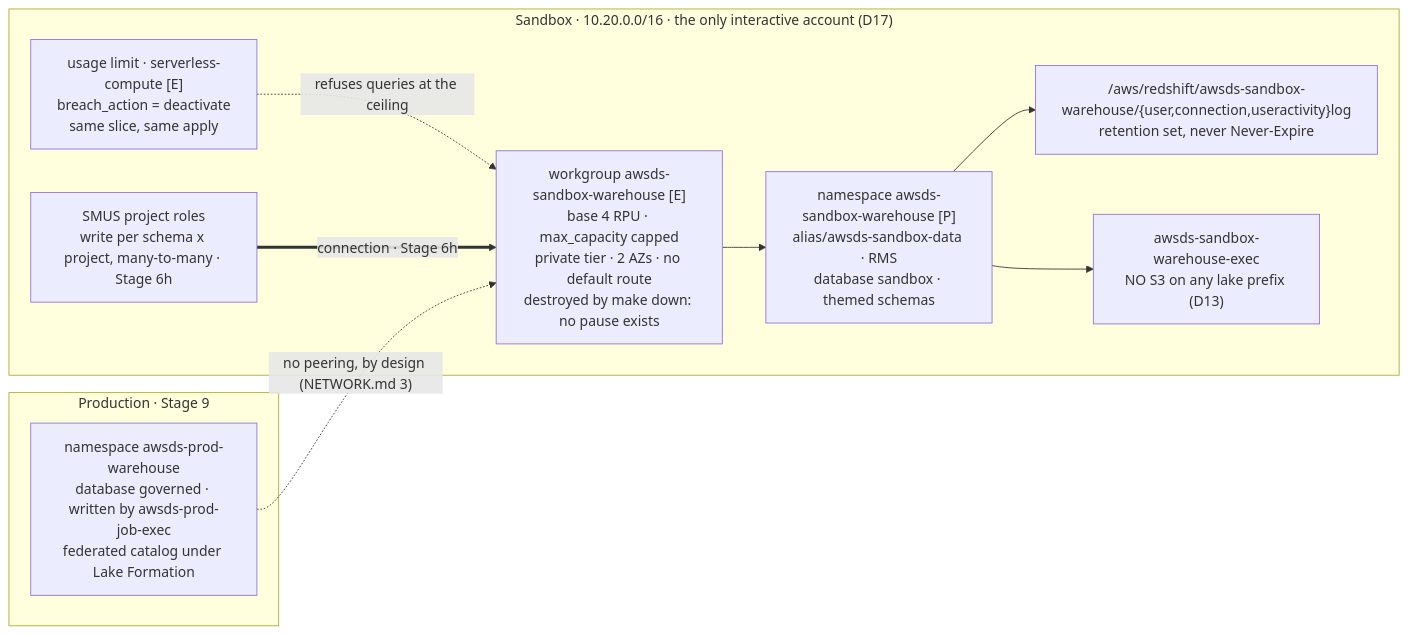
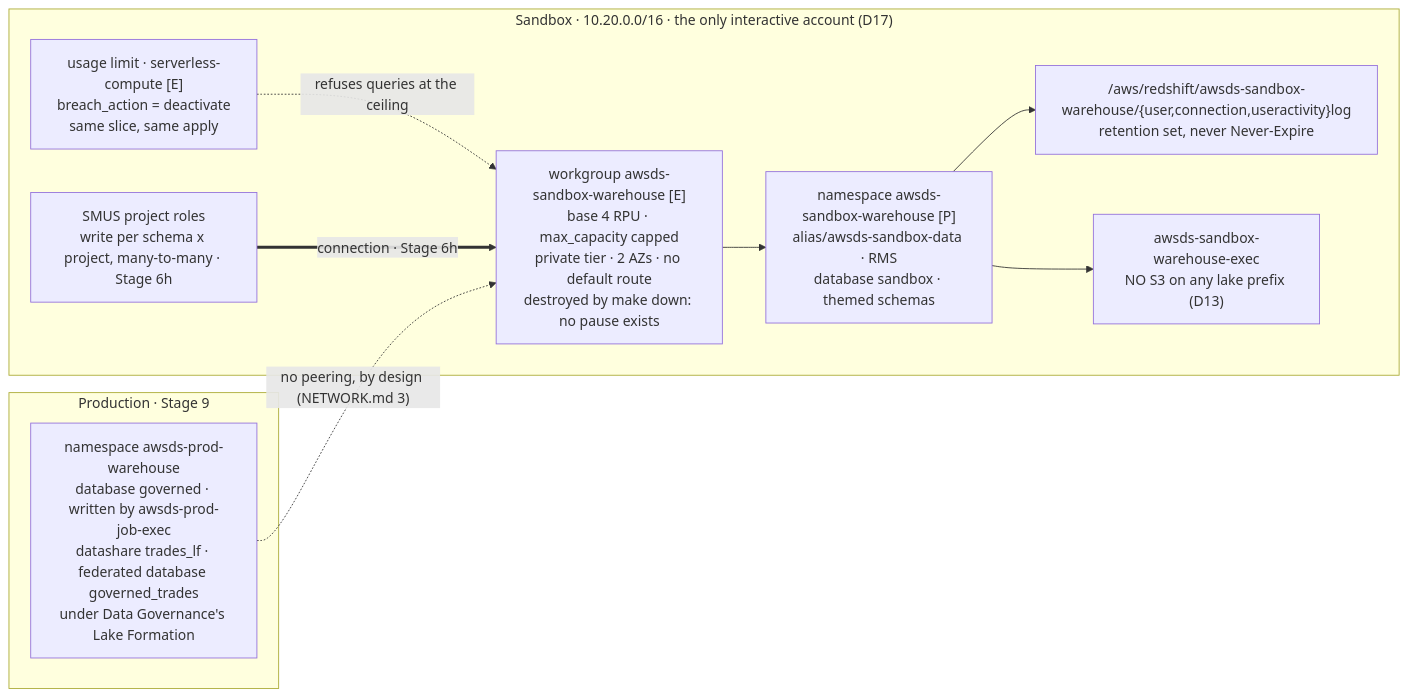
One commit to felipenoris/AWS-DataScience changed the diagram in docs/plan/stages/stage-05b-redshift-serverless.md. Above: the diagram before and after it, drawn with Mermaid. The commit also changed other lines of this file and 2 other files, not shown here.

Commit message:
docs: the governed class reaches Lake Formation as a datashare, not a federated catalog (#393)
institutional-delta.md, Stage 5b (its diagram and step 7's table) and
Stage 6h said Production's governed class is registered as a federated
catalog, the shape planned on 2026-09-20. Stage 9 decision 5 took the
Lake Formation-managed datashare trades_lf, which Data Governance maps
to the federated database governed_trades (decision 14,
data-governance/data/warehouse-share.tf).

The institutional-delta row also records Stage 21 pass 4's federated
catalog over Sandbox's namespace (2026-11-23, SUP-475) and the TBAC
reading taken on the federated database (INT-24, 2026-10-25), in place
of the last column's pre-D40 sentences.

````diff
--- a/docs/plan/stages/stage-05b-redshift-serverless.md
+++ b/docs/plan/stages/stage-05b-redshift-serverless.md
@@ -96,20 +96,20 @@
 ```mermaid
 flowchart LR
     subgraph SBX["Sandbox · 10.20.0.0/16 · the only interactive account (D17)"]
         WG["workgroup awsds-sandbox-warehouse [E]<br/>base 4 RPU · max_capacity capped<br/>private tier · 2 AZs · no default route<br/>destroyed by make down: no pause exists"]
         NS["namespace awsds-sandbox-warehouse [P]<br/>alias/awsds-sandbox-data · RMS<br/>database sandbox · themed schemas"]
         UL["usage limit · serverless-compute [E]<br/>breach_action = deactivate<br/>same slice, same apply"]
         LG["/aws/redshift/awsds-sandbox-warehouse/{user,connection,useractivity}log<br/>retention set, never Never-Expire"]
         ROLE["awsds-sandbox-warehouse-exec<br/>NO S3 on any lake prefix (D13)"]
         PRJ["SMUS project roles<br/>write per schema x project, many-to-many · Stage 6h"]
     end
     subgraph PRD["Production · Stage 9"]
-        GOV["namespace awsds-prod-warehouse<br/>database governed · written by awsds-prod-job-exec<br/>federated catalog under Lake Formation"]
+        GOV["namespace awsds-prod-warehouse<br/>database governed · written by awsds-prod-job-exec<br/>datashare trades_lf · federated database governed_trades<br/>under Data Governance's Lake Formation"]
     end
     WG --> NS
     UL -.->|"refuses queries at the ceiling"| WG
     NS --> LG
     NS --> ROLE
     PRJ ==>|"connection · Stage 6h"| WG
     GOV -.->|"no peering, by design (NETWORK.md 3)"| WG
 ```
````
